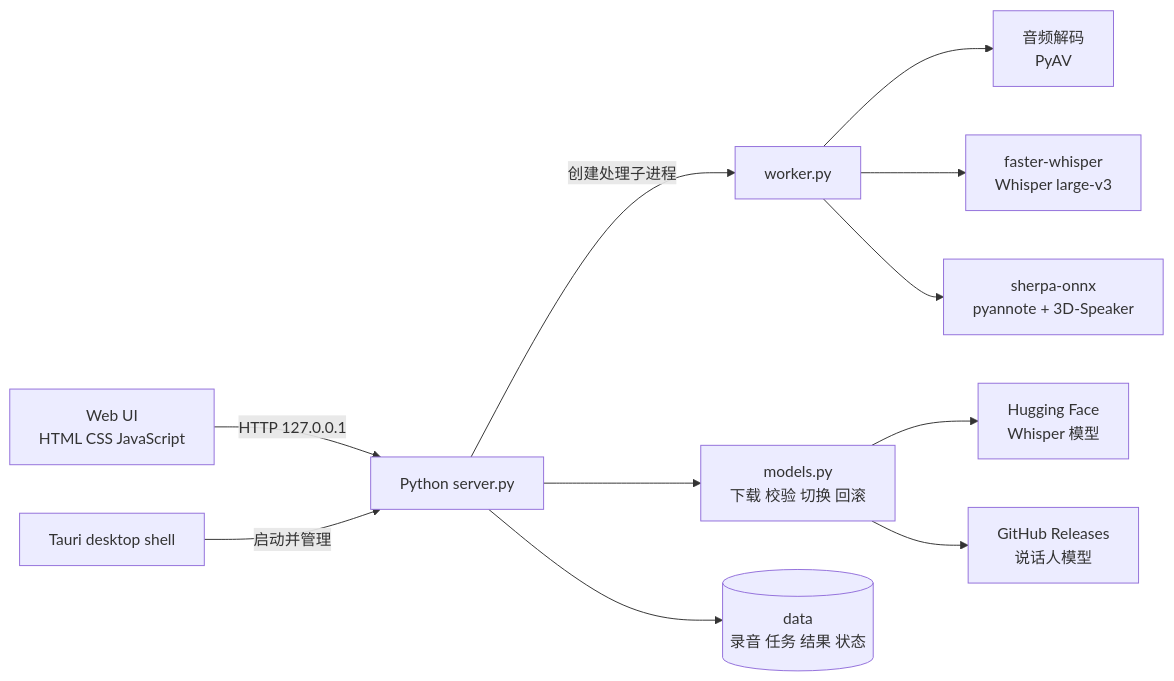
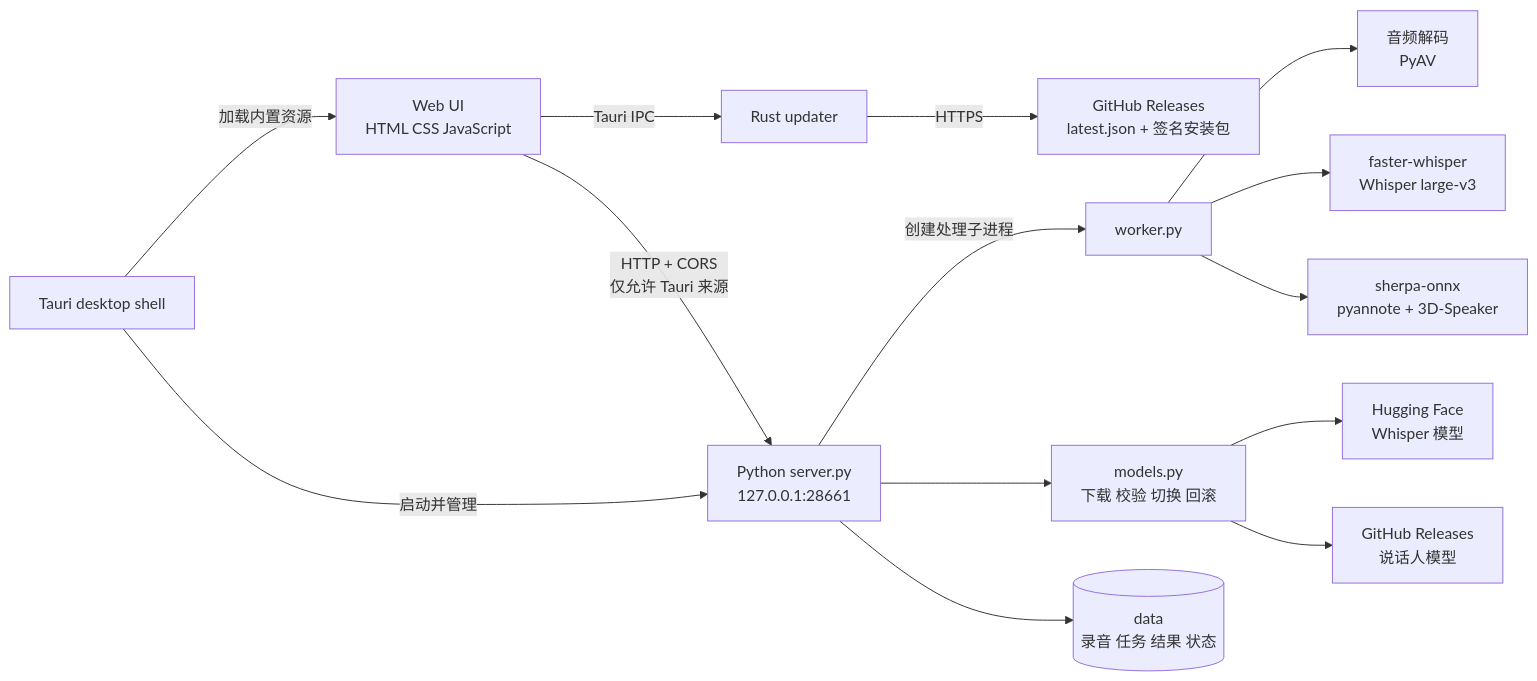
One commit to KonaLz/HearNotes changed the diagram in docs/SYSTEM_ARCHITECTURE.md. Above: the diagram before and after it, drawn with Mermaid. The commit also changed other lines of this file and 4 other files, not shown here.

````diff
--- a/docs/SYSTEM_ARCHITECTURE.md
+++ b/docs/SYSTEM_ARCHITECTURE.md
@@ -13,13 +13,16 @@
 ```mermaid
 flowchart LR
-    UI[Web UI\nHTML CSS JavaScript] -->|HTTP 127.0.0.1| S[Python server.py]
-    T[Tauri desktop shell] -->|启动并管理| S
+    T[Tauri desktop shell] -->|加载内置资源| UI[Web UI\nHTML CSS JavaScript]
+    T -->|启动并管理| S[Python server.py\n127.0.0.1:28661]
+    UI -->|HTTP + CORS\n仅允许 Tauri 来源| S
+    UI -->|Tauri IPC| U[Rust updater]
+    U -->|HTTPS| REL[GitHub Releases\nlatest.json + 签名安装包]
     S -->|创建处理子进程| W[worker.py]
     W --> A[音频解码\nPyAV]
     W --> ASR[faster-whisper\nWhisper large-v3]
     W --> DIA[sherpa-onnx\npyannote + 3D-Speaker]
     S --> M[models.py\n下载 校验 切换 回滚]
     M --> HF[Hugging Face\nWhisper 模型]
     M --> GH[GitHub Releases\n说话人模型]
     S --> D[(data\n录音 任务 结果 状态)]
 ```
````
